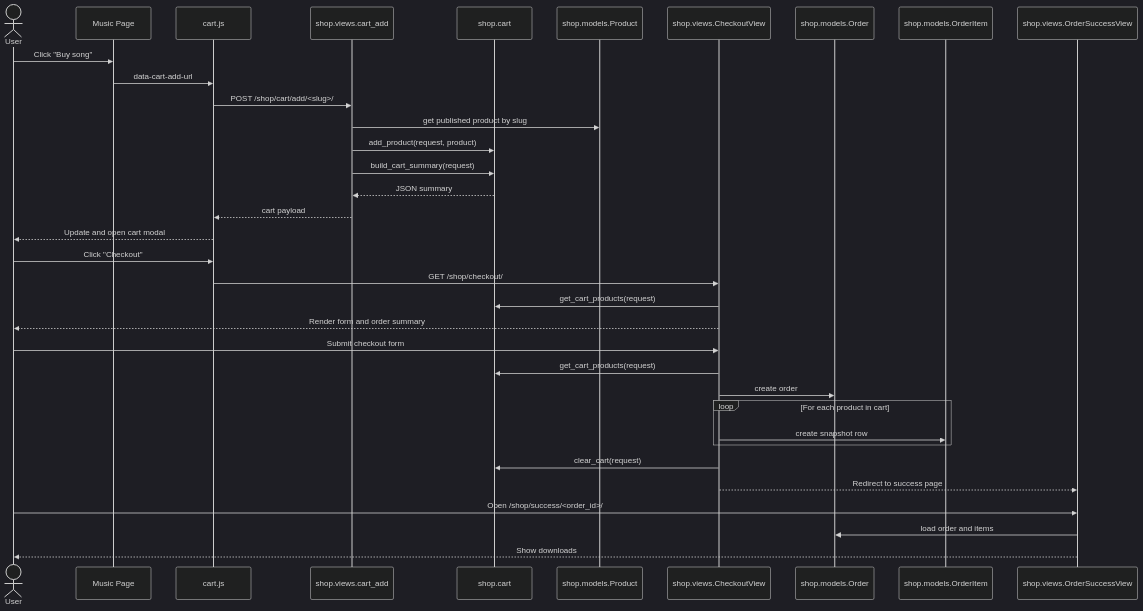
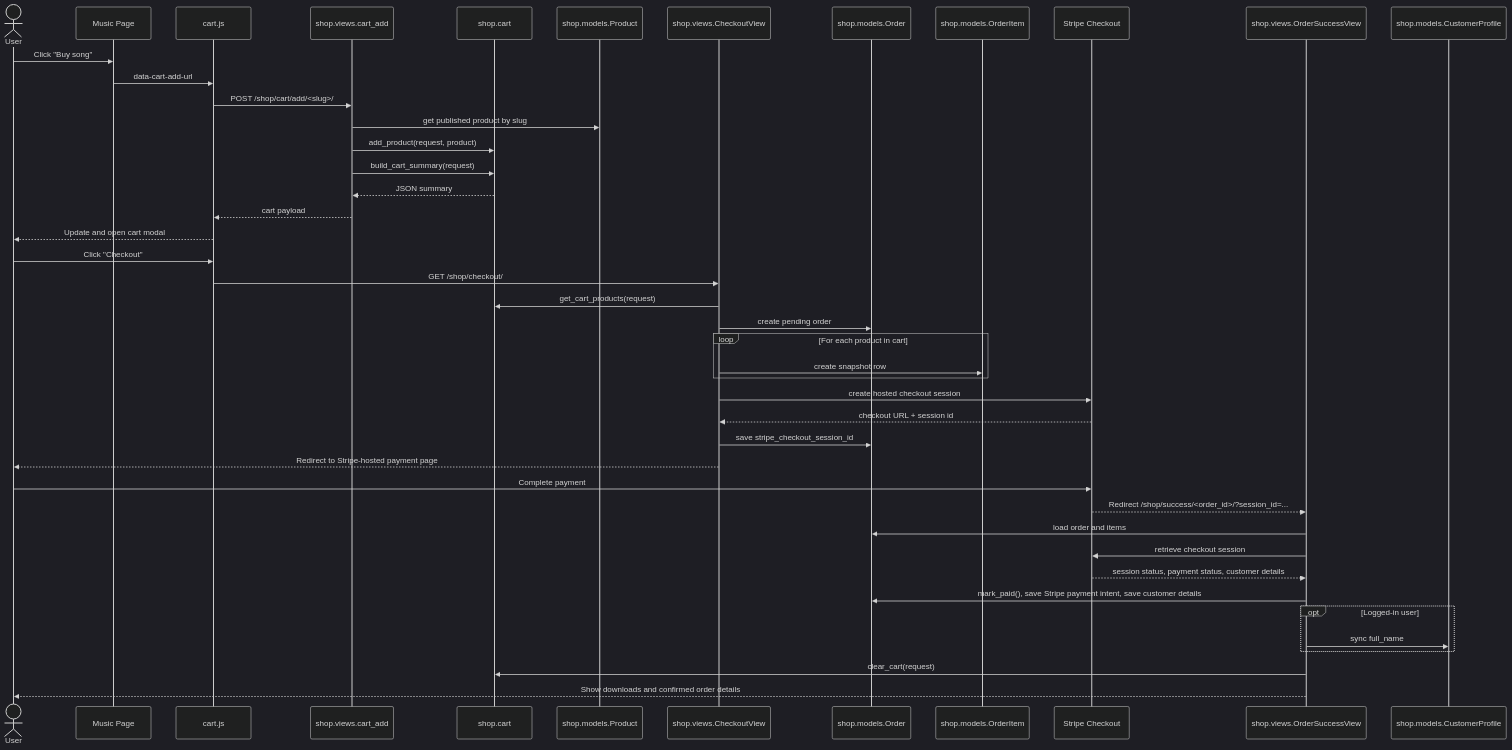
The second of 3 diagrams in docs/shop-flow.md (johnhubertjj/JosephlovesJohn_website), drawn with Mermaid (dark theme) before and after one commit. The commit also changed other lines of this file and 14 other files, not shown here.

````diff
--- a/docs/shop-flow.md
+++ b/docs/shop-flow.md
@@ -32,41 +38,49 @@
 ```mermaid
 sequenceDiagram
     actor User
     participant MusicPage as Music Page
     participant CartJS as cart.js
     participant CartAdd as shop.views.cart_add
     participant Cart as shop.cart
     participant Product as shop.models.Product
     participant Checkout as shop.views.CheckoutView
     participant Order as shop.models.Order
     participant OrderItem as shop.models.OrderItem
+    participant Stripe as Stripe Checkout
     participant Success as shop.views.OrderSuccessView
+    participant Profile as shop.models.CustomerProfile
 
     User->>MusicPage: Click "Buy song"
     MusicPage->>CartJS: data-cart-add-url
     CartJS->>CartAdd: POST /shop/cart/add/<slug>/
     CartAdd->>Product: get published product by slug
     CartAdd->>Cart: add_product(request, product)
     CartAdd->>Cart: build_cart_summary(request)
     Cart-->>CartAdd: JSON summary
     CartAdd-->>CartJS: cart payload
     CartJS-->>User: Update and open cart modal
 
     User->>CartJS: Click "Checkout"
     CartJS->>Checkout: GET /shop/checkout/
     Checkout->>Cart: get_cart_products(request)
-    Checkout-->>User: Render form and order summary
-
-    User->>Checkout: Submit checkout form
-    Checkout->>Cart: get_cart_products(request)
-    Checkout->>Order: create order
+    Checkout->>Order: create pending order
     loop For each product in cart
         Checkout->>OrderItem: create snapshot row
     end
-    Checkout->>Cart: clear_cart(request)
-    Checkout-->>Success: Redirect to success page
+    Checkout->>Stripe: create hosted checkout session
+    Stripe-->>Checkout: checkout URL + session id
+    Checkout->>Order: save stripe_checkout_session_id
+    Checkout-->>User: Redirect to Stripe-hosted payment page
 
-    User->>Success: Open /shop/success/<order_id>/
+    User->>Stripe: Complete payment
+    Stripe-->>Success: Redirect /shop/success/<order_id>/?session_id=...
     Success->>Order: load order and items
-    Success-->>User: Show downloads
+    Success->>Stripe: retrieve checkout session
+    Stripe-->>Success: session status, payment status, customer details
+    Success->>Order: mark_paid(), save Stripe payment intent, save customer details
+    opt Logged-in user
+        Success->>Profile: sync full_name
+    end
+    Success->>Cart: clear_cart(request)
+    Success-->>User: Show downloads and confirmed order details
 ```
````
